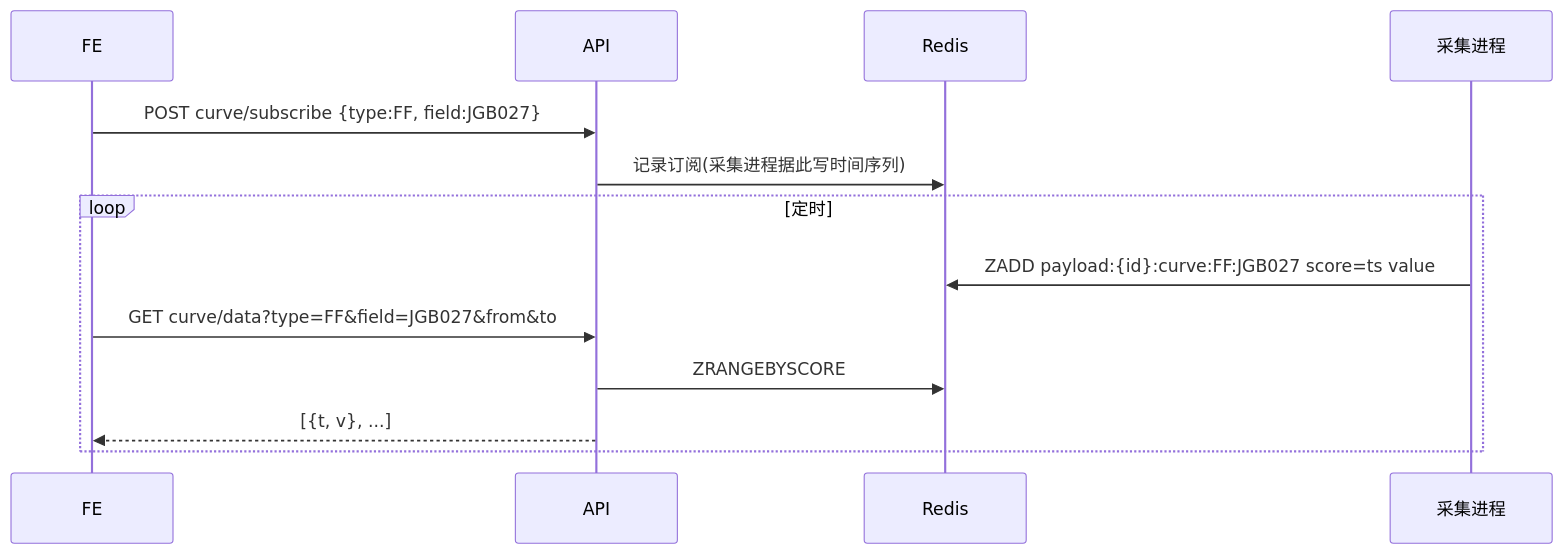
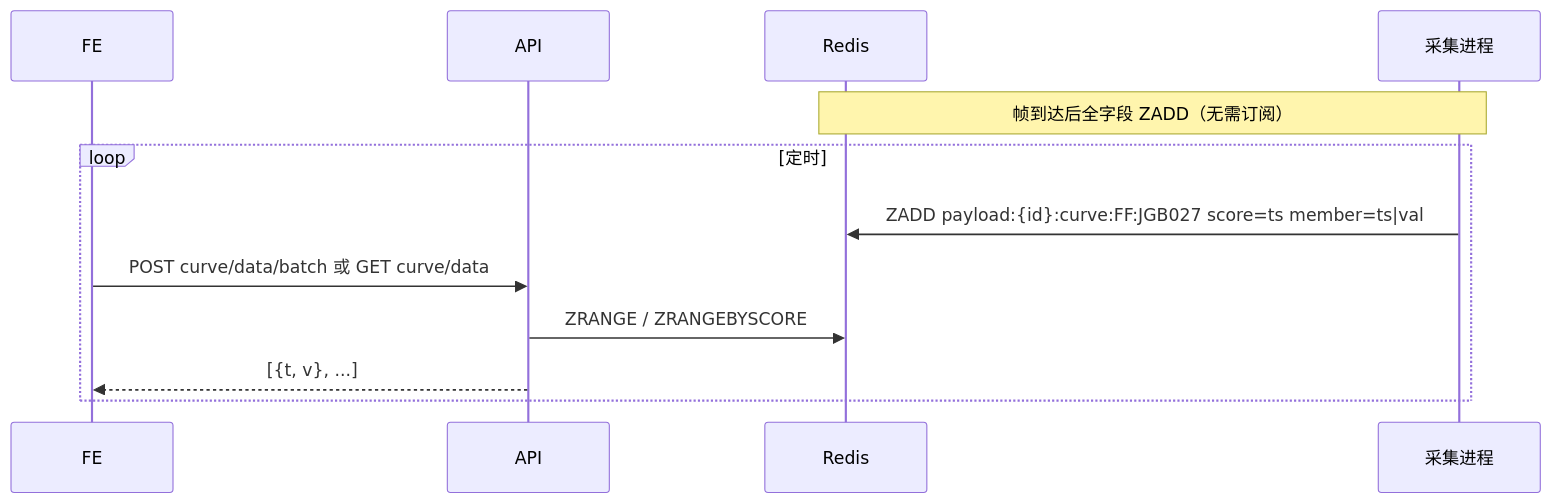
Before and after one commit to ruanyubiao/RuoYi-Vue3-FastAPI: the diagram in doc/04-后端接口设计.md, drawn with Mermaid. The commit also changed other lines of this file and 17 other files, not shown here.

````diff
--- a/doc/04-后端接口设计.md
+++ b/doc/04-后端接口设计.md
@@ -172,15 +172,14 @@
 ```mermaid
 sequenceDiagram
   participant FE
   participant API
   participant R as Redis
   participant Col as 采集进程
-  FE->>API: POST curve/subscribe {type:FF, field:JGB027}
-  API->>R: 记录订阅(采集进程据此写时间序列)
+  Note over Col,R: 帧到达后全字段 ZADD（无需订阅）
   loop 定时
-    Col->>R: ZADD payload:{id}:curve:FF:JGB027 score=ts value
-    FE->>API: GET curve/data?type=FF&field=JGB027&from&to
-    API->>R: ZRANGEBYSCORE
+    Col->>R: ZADD payload:{id}:curve:FF:JGB027 score=ts member=ts|val
+    FE->>API: POST curve/data/batch 或 GET curve/data
+    API->>R: ZRANGE / ZRANGEBYSCORE
     API-->>FE: [{t, v}, ...]
   end
 ```
````
